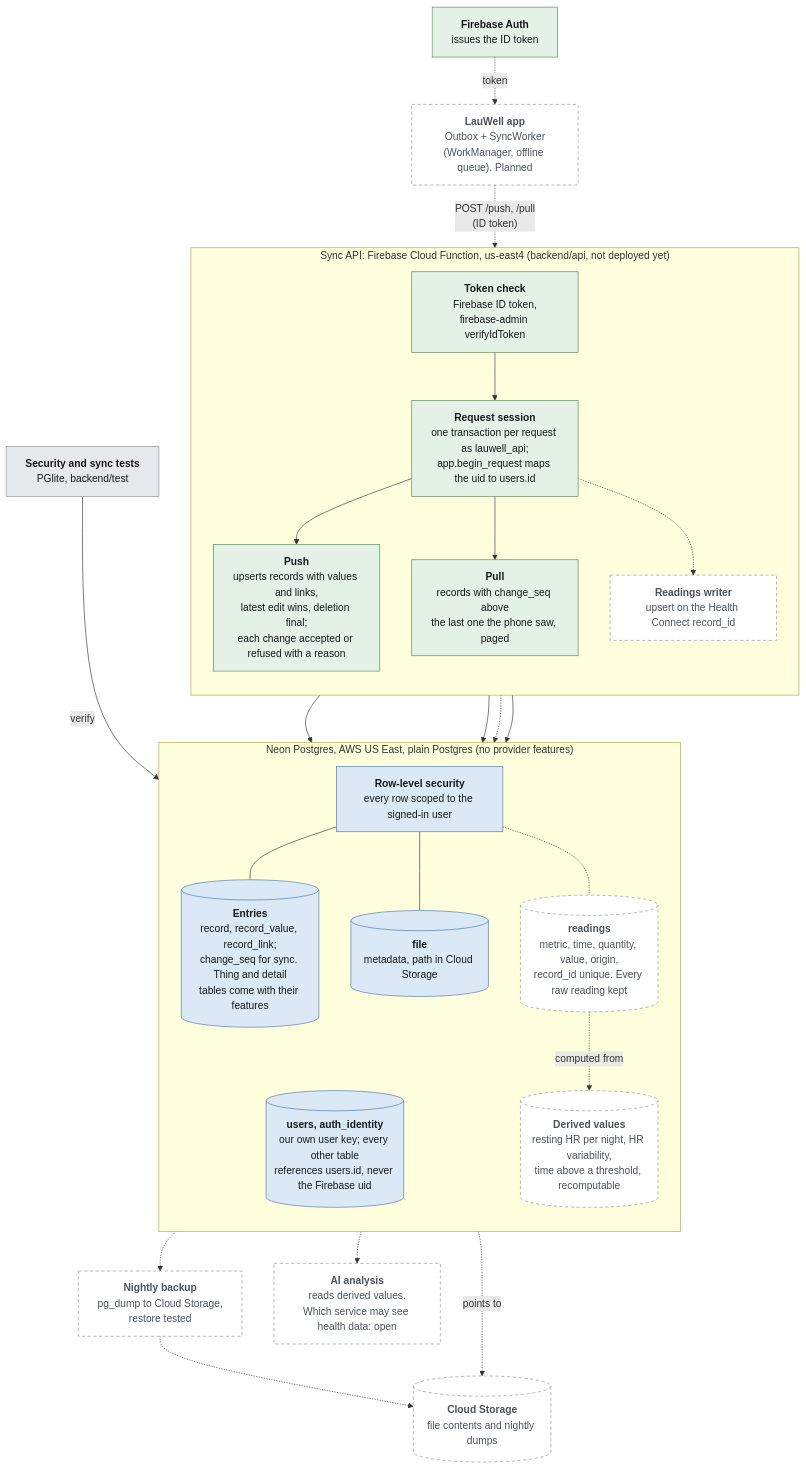
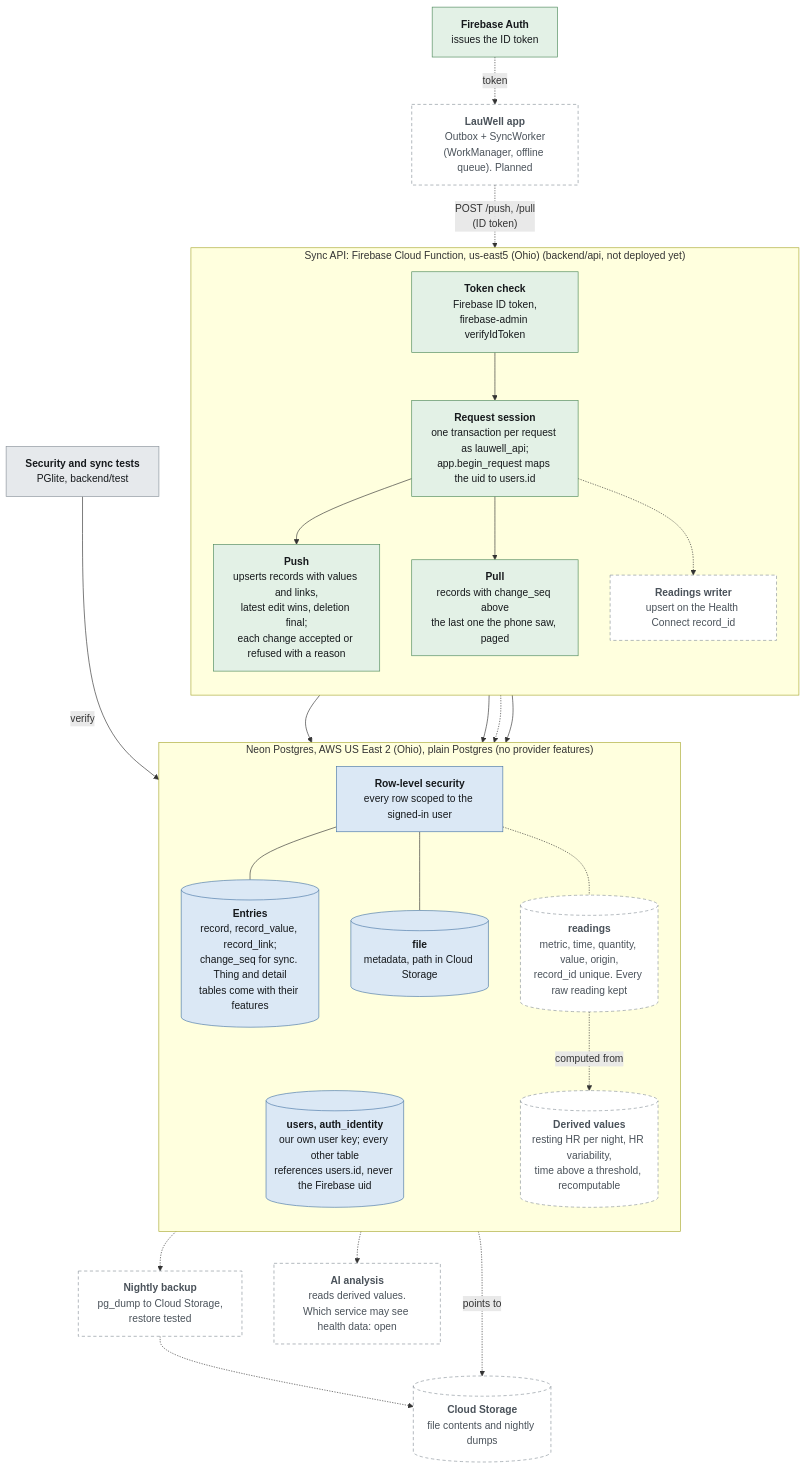
One commit to Laul/LauWell changed the diagram in docs/architecture/c4/c4-3-components-postgres.mmd. Above: the diagram before and after it, drawn with Mermaid. The commit also changed 3 other files, not shown here.

Commit message:
[backend] Sync API in us-east5 (Columbus, Ohio), next to Neon's AWS US East 2

```diff
--- a/docs/architecture/c4/c4-3-components-postgres.mmd
+++ b/docs/architecture/c4/c4-3-components-postgres.mmd
@@ -1,57 +1,57 @@
 %% C4 level 3 - Components of the Postgres store (Neon) and its sync API. Solid = built, dashed = planned.
 %% Updated 2026-11-11: schema v1 provisioned on Neon (backend/db/migrations); the sync API written (backend/api),
 %% not deployed yet. Source: decisions of 2026-11-04 (Persistence, Raw readings, Provider: Neon), Identity (2026-11-06),
 %% Sync: our own (2026-11-09).
 flowchart TB
   classDef app fill:#2f3d4a,stroke:#9fb2c4,color:#ffffff
   classDef store fill:#dbe8f5,stroke:#4b78a8,color:#16191C
   classDef cloud fill:#e3f1e6,stroke:#4f8a5c,color:#16191C
   classDef ext fill:#e6e9ec,stroke:#8a939b,color:#16191C
   classDef planned fill:#ffffff,stroke:#8a939b,color:#4a525a,stroke-dasharray:5 4
 
   APP["<b>LauWell app</b><br/>Outbox + SyncWorker<br/>(WorkManager, offline queue). Planned"]:::planned
   AUTH["<b>Firebase Auth</b><br/>issues the ID token"]:::cloud
 
-  subgraph API["Sync API: Firebase Cloud Function, us-east4 (backend/api, not deployed yet)"]
+  subgraph API["Sync API: Firebase Cloud Function, us-east5 (Ohio) (backend/api, not deployed yet)"]
     direction TB
     VERIFY["<b>Token check</b><br/>Firebase ID token,<br/>firebase-admin verifyIdToken"]:::cloud
     MAP["<b>Request session</b><br/>one transaction per request as lauwell_api;<br/>app.begin_request maps the uid to users.id"]:::cloud
     WRITE["<b>Push</b><br/>upserts records with values and links,<br/>latest edit wins, deletion final;<br/>each change accepted or refused with a reason"]:::cloud
     FEED["<b>Pull</b><br/>records with change_seq above<br/>the last one the phone saw, paged"]:::cloud
     RWRITE["<b>Readings writer</b><br/>upsert on the Health Connect record_id"]:::planned
   end
 
-  subgraph PG["Neon Postgres, AWS US East, plain Postgres (no provider features)"]
+  subgraph PG["Neon Postgres, AWS US East 2 (Ohio), plain Postgres (no provider features)"]
     direction TB
     USERS[("<b>users, auth_identity</b><br/>our own user key; every other table<br/>references users.id, never the Firebase uid")]:::store
     ENT[("<b>Entries</b><br/>record, record_value, record_link;<br/>change_seq for sync. Thing and detail<br/>tables come with their features")]:::store
     RD[("<b>readings</b><br/>metric, time, quantity, value, origin,<br/>record_id unique. Every raw reading kept")]:::planned
     FILEM[("<b>file</b><br/>metadata, path in Cloud Storage")]:::store
     DER[("<b>Derived values</b><br/>resting HR per night, HR variability,<br/>time above a threshold, recomputable")]:::planned
     RLS["<b>Row-level security</b><br/>every row scoped to the signed-in user"]:::store
   end
 
   ST[("<b>Cloud Storage</b><br/>file contents and nightly dumps")]:::planned
   BKP["<b>Nightly backup</b><br/>pg_dump to Cloud Storage,<br/>restore tested"]:::planned
   TESTS["<b>Security and sync tests</b><br/>PGlite, backend/test"]:::ext
   AI["<b>AI analysis</b><br/>reads derived values.<br/>Which service may see health data: open"]:::planned
 
   APP -.->|"POST /push, /pull<br/>(ID token)"| VERIFY
   AUTH -.->|"token"| APP
   VERIFY --> MAP
   MAP --> WRITE
   MAP --> FEED
   MAP -.-> RWRITE
   WRITE --> ENT
   FEED --> ENT
   RWRITE -.-> RD
   MAP --> USERS
   RLS --- ENT
   RLS --- FILEM
   RLS -.- RD
   RD -.->|"computed from"| DER
   DER -.-> AI
   FILEM -.->|"points to"| ST
   PG -.-> BKP
   BKP -.-> ST
   TESTS -->|"verify"| RLS
```
